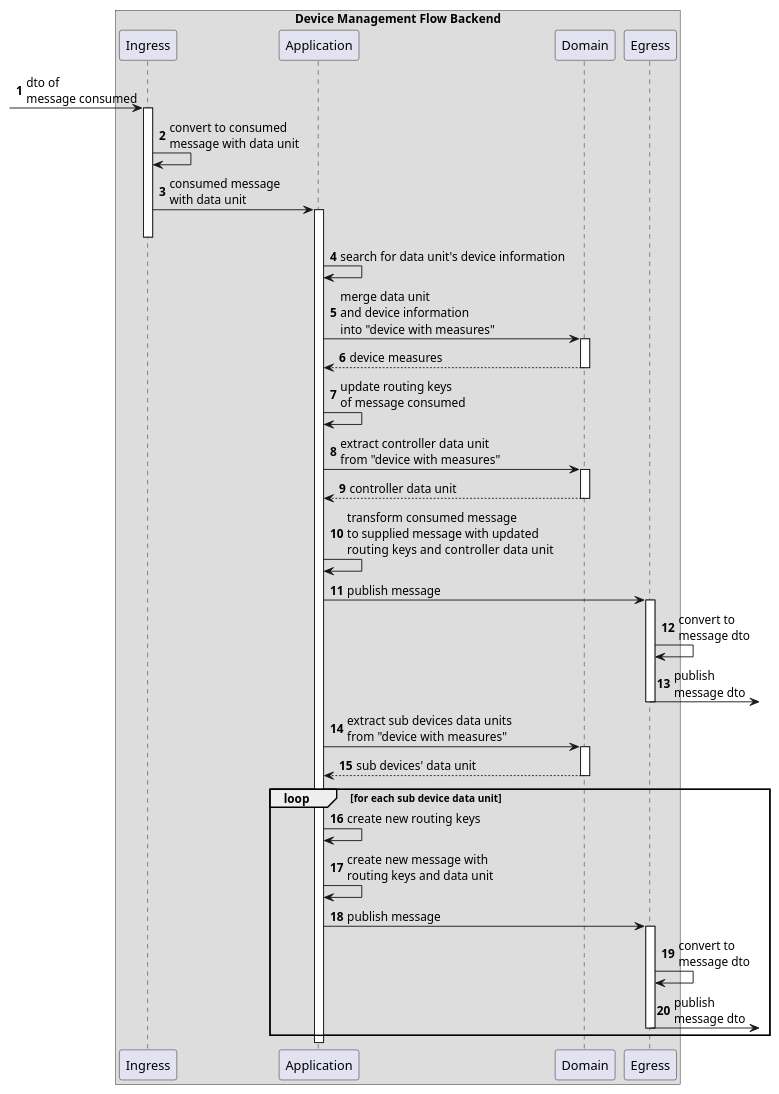
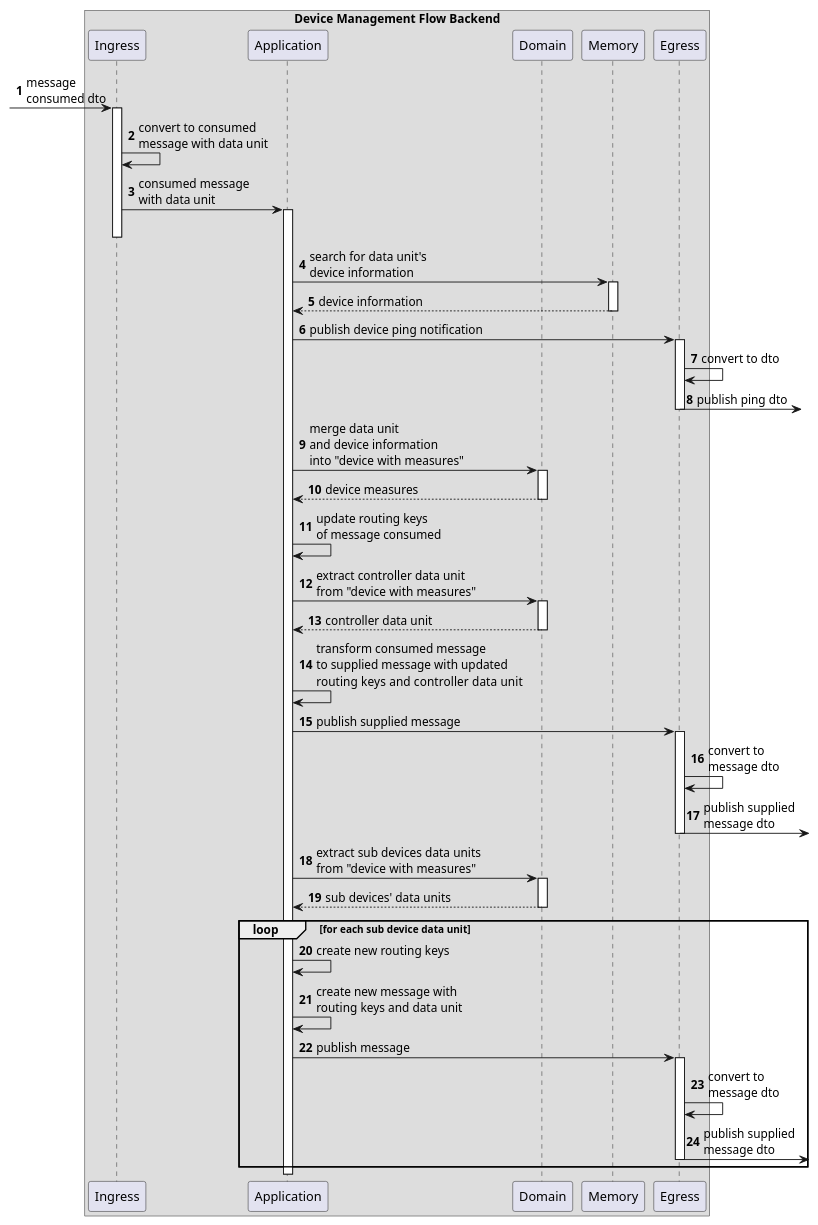
One commit to FilipeMCruz/dissertation changed the diagram in assets/diagrams/design/architectural/level3/process/device-management-flow-backend.pu. Above: the diagram before and after it, drawn with PlantUML. The commit also changed 27 other files, not shown here.

```diff
--- a/assets/diagrams/design/architectural/level3/process/device-management-flow-backend.pu
+++ b/assets/diagrams/design/architectural/level3/process/device-management-flow-backend.pu
@@ -1,37 +1,41 @@
 @startuml device-management-flow-backend
 
 autonumber 1
 
 box "Device Management Flow Backend"
 participant Ingress
 participant Application
 participant Domain
+participant Memory
 participant Egress
 end box
 
-?-> Ingress ++ : dto of\nmessage consumed
+?-> Ingress ++ : message\nconsumed dto
 Ingress -> Ingress : convert to consumed\nmessage with data unit
 Ingress -> Application ++-- : consumed message\nwith data unit
-Application -> Application : search for data unit's device information
+Application -> Memory ++ : search for data unit's\ndevice information
+return device information
+Application -> Egress ++ : publish device ping notification
+Egress -> Egress : convert to dto
+Egress ->? -- : publish ping dto
 Application -> Domain ++ : merge data unit\nand device information\ninto "device with measures"
 return device measures
 
 Application -> Application : update routing keys\nof message consumed
 Application -> Domain ++ : extract controller data unit\nfrom "device with measures"
 return controller data unit
 Application -> Application : transform consumed message\nto supplied message with updated\nrouting keys and  controller data unit
-Application -> Egress ++ : publish message
+Application -> Egress ++ : publish supplied message
 Egress -> Egress : convert to\nmessage dto
-Egress ->? -- : publish\nmessage dto
+Egress ->? -- : publish supplied\nmessage dto
 Application -> Domain ++ : extract sub devices data units\nfrom "device with measures"
-return sub devices' data unit
+return sub devices' data units
 loop for each sub device data unit
     Application -> Application : create new routing keys
     Application -> Application : create new message with\nrouting keys and data unit
     Application -> Egress ++ : publish message
     Egress -> Egress : convert to\nmessage dto
-    Egress ->? -- : publish\nmessage dto
+    Egress ->? -- : publish supplied\nmessage dto
 end
 
-
 @enduml
```
